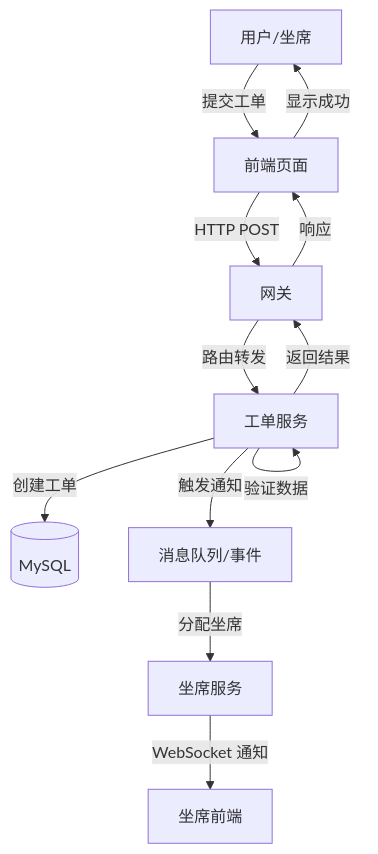
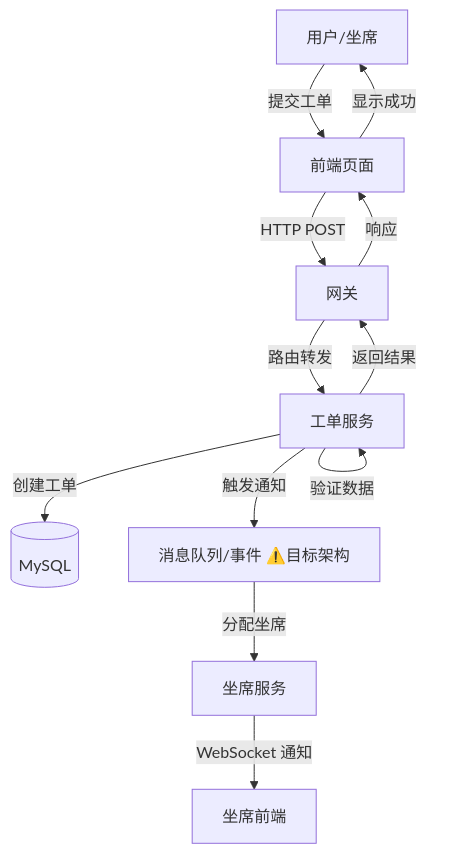
The second of 5 diagrams in docs/业务流程.md (HuangRenhui/ai-cs-parent), drawn with Mermaid before and after one commit. The commit also changed other lines of this file and 12 other files, not shown here.

````diff
--- a/docs/业务流程.md
+++ b/docs/业务流程.md
@@ -75,14 +75,14 @@
 ```mermaid
 graph TB
     A[用户/坐席] -->|提交工单| B[前端页面]
     B -->|HTTP POST| C[网关]
     C -->|路由转发| D[工单服务]
     D -->|验证数据| D
     D -->|创建工单| E[(MySQL)]
-    D -->|触发通知| F[消息队列/事件]
+    D -->|触发通知| F[消息队列/事件 ⚠️目标架构]
     F -->|分配坐席| G[坐席服务]
     G -->|WebSocket 通知| H[坐席前端]
     D -->|返回结果| C
     C -->|响应| B
     B -->|显示成功| A
 ```
````
